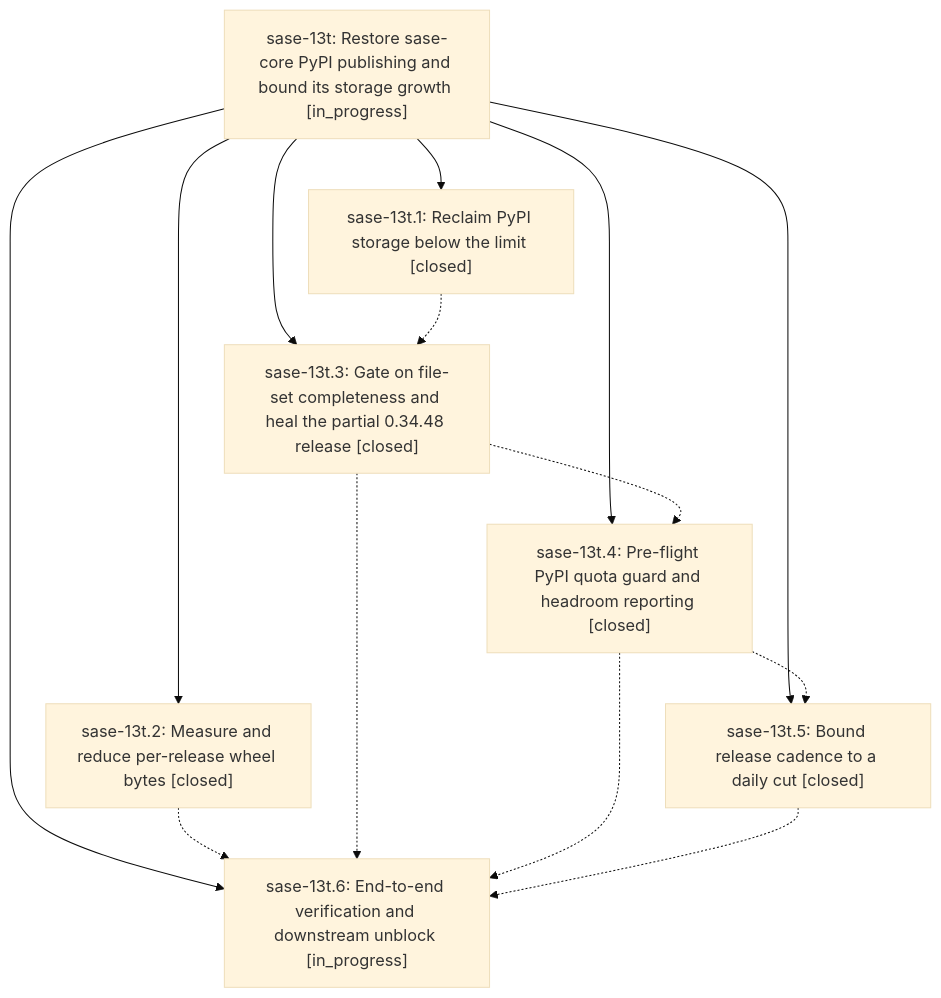
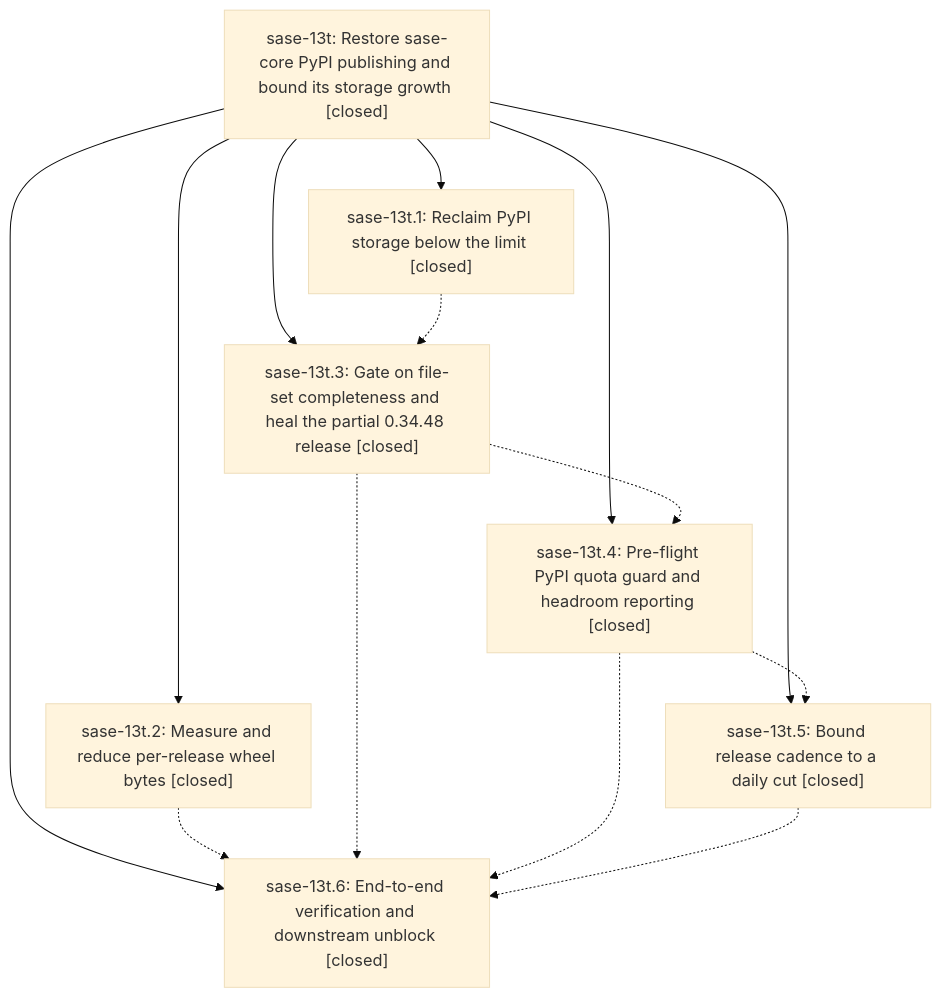
One commit to sase-org/sase--beads changed the diagram in pages/sase-13t/README.md. Above: the diagram before and after it, drawn with Mermaid (base theme). The commit also changed other lines of this file and 5 other files, not shown here.

````diff
--- a/pages/sase-13t/README.md
+++ b/pages/sase-13t/README.md
@@ -43,23 +87,23 @@
 ```mermaid
 flowchart TD
-    n0["sase-13t: Restore sase-core PyPI publishing and bound its storage growth [in_progress]"]
+    n0["sase-13t: Restore sase-core PyPI publishing and bound its storage growth [closed]"]
     n1["sase-13t.1: Reclaim PyPI storage below the limit [closed]"]
     n2["sase-13t.2: Measure and reduce per-release wheel bytes [closed]"]
     n3["sase-13t.3: Gate on file-set completeness and heal the partial 0.34.48 release [closed]"]
     n4["sase-13t.4: Pre-flight PyPI quota guard and headroom reporting [closed]"]
     n5["sase-13t.5: Bound release cadence to a daily cut [closed]"]
-    n6["sase-13t.6: End-to-end verification and downstream unblock [in_progress]"]
+    n6["sase-13t.6: End-to-end verification and downstream unblock [closed]"]
     n0 --> n1
     n0 --> n2
     n0 --> n3
     n0 --> n4
     n0 --> n5
     n0 --> n6
     n1 -.-> n3
     n2 -.-> n6
     n3 -.-> n4
     n3 -.-> n6
     n4 -.-> n5
     n4 -.-> n6
     n5 -.-> n6
 ```
````
